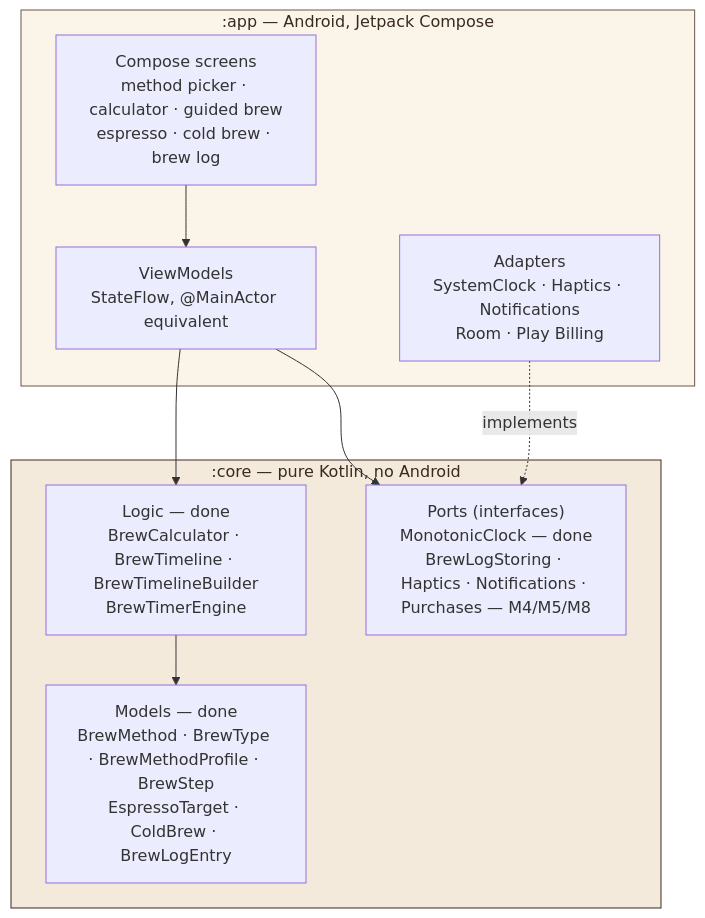
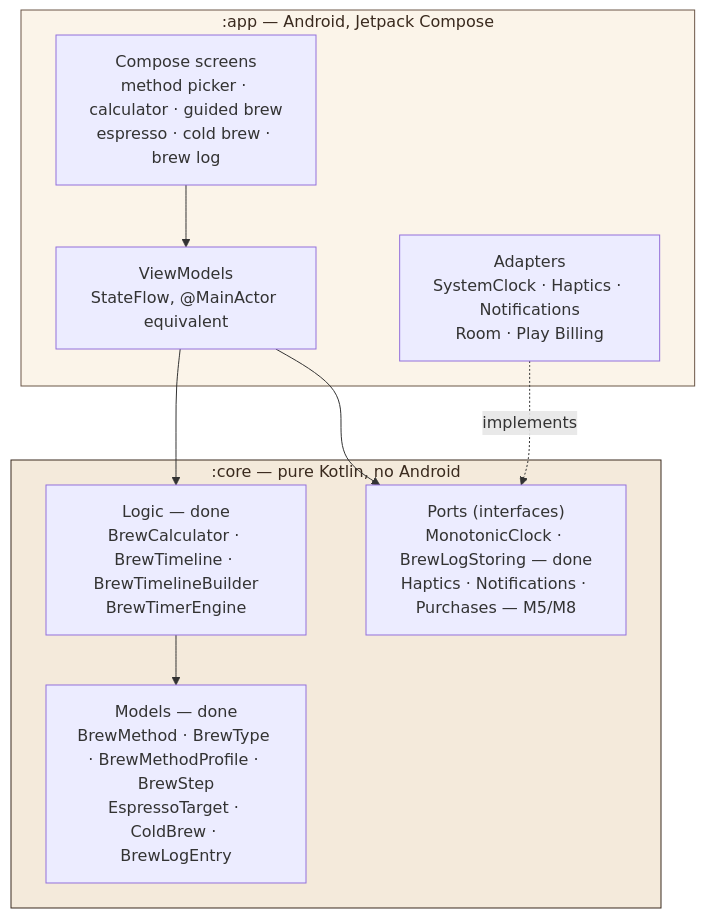
Before and after one commit to JayReece313/coffeegrams-android: the first of 3 diagrams in ARCHITECTURE.md, drawn with Mermaid. The commit also changed other lines of this file and 16 other files, not shown here.

````diff
--- a/ARCHITECTURE.md
+++ b/ARCHITECTURE.md
@@ -21,23 +23,23 @@
 ```mermaid
 graph TD
     subgraph app[":app — Android, Jetpack Compose"]
         UI["Compose screens<br/>method picker · calculator · guided brew<br/>espresso · cold brew · brew log"]
         VM["ViewModels<br/>StateFlow, @MainActor equivalent"]
         AD["Adapters<br/>SystemClock · Haptics · Notifications<br/>Room · Play Billing"]
     end
 
     subgraph core[":core — pure Kotlin, no Android"]
         M["Models — done<br/>BrewMethod · BrewType · BrewMethodProfile · BrewStep<br/>EspressoTarget · ColdBrew · BrewLogEntry"]
         L["Logic — done<br/>BrewCalculator · BrewTimeline · BrewTimelineBuilder<br/>BrewTimerEngine"]
-        P["Ports (interfaces)<br/>MonotonicClock — done<br/>BrewLogStoring · Haptics · Notifications · Purchases — M4/M5/M8"]
+        P["Ports (interfaces)<br/>MonotonicClock · BrewLogStoring — done<br/>Haptics · Notifications · Purchases — M5/M8"]
     end
 
     UI --> VM
     VM --> L
     VM --> P
     L --> M
     AD -.implements.-> P
 
     style core fill:#F4EADB,stroke:#3A2A1E,color:#3A2A1E
     style app fill:#FBF4E9,stroke:#6B5647,color:#3A2A1E
 ```
````
